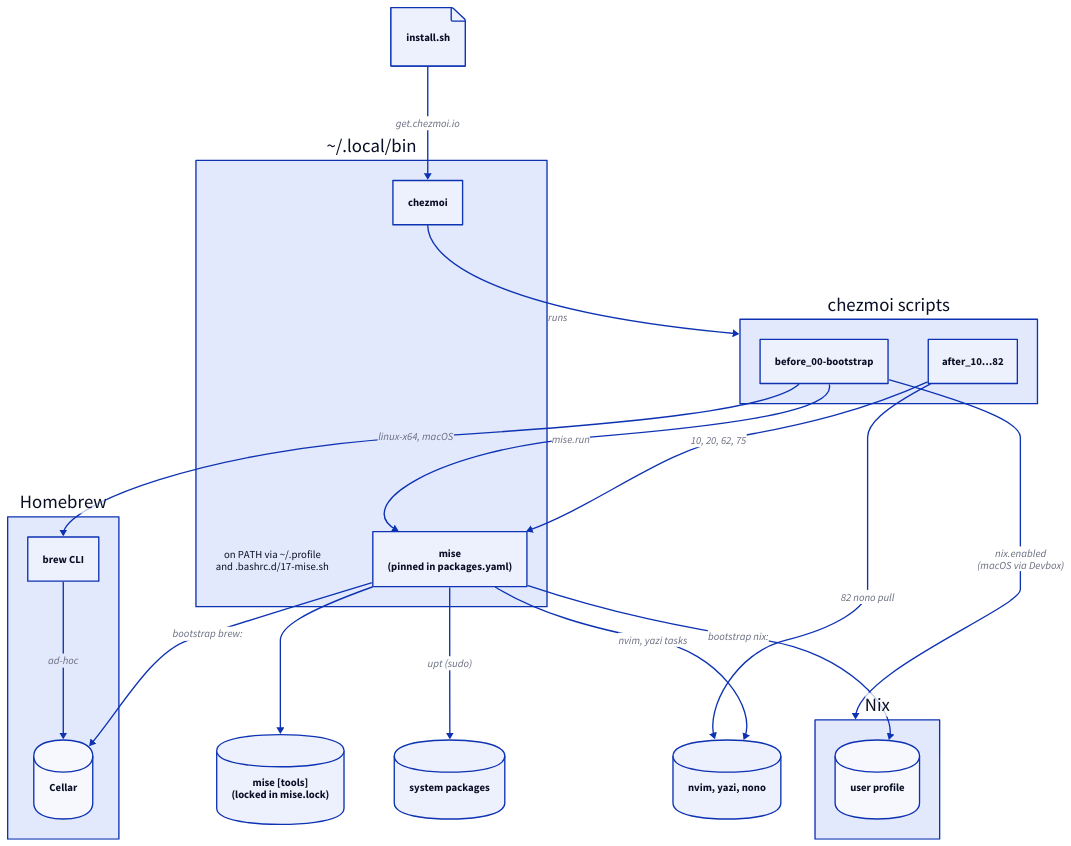
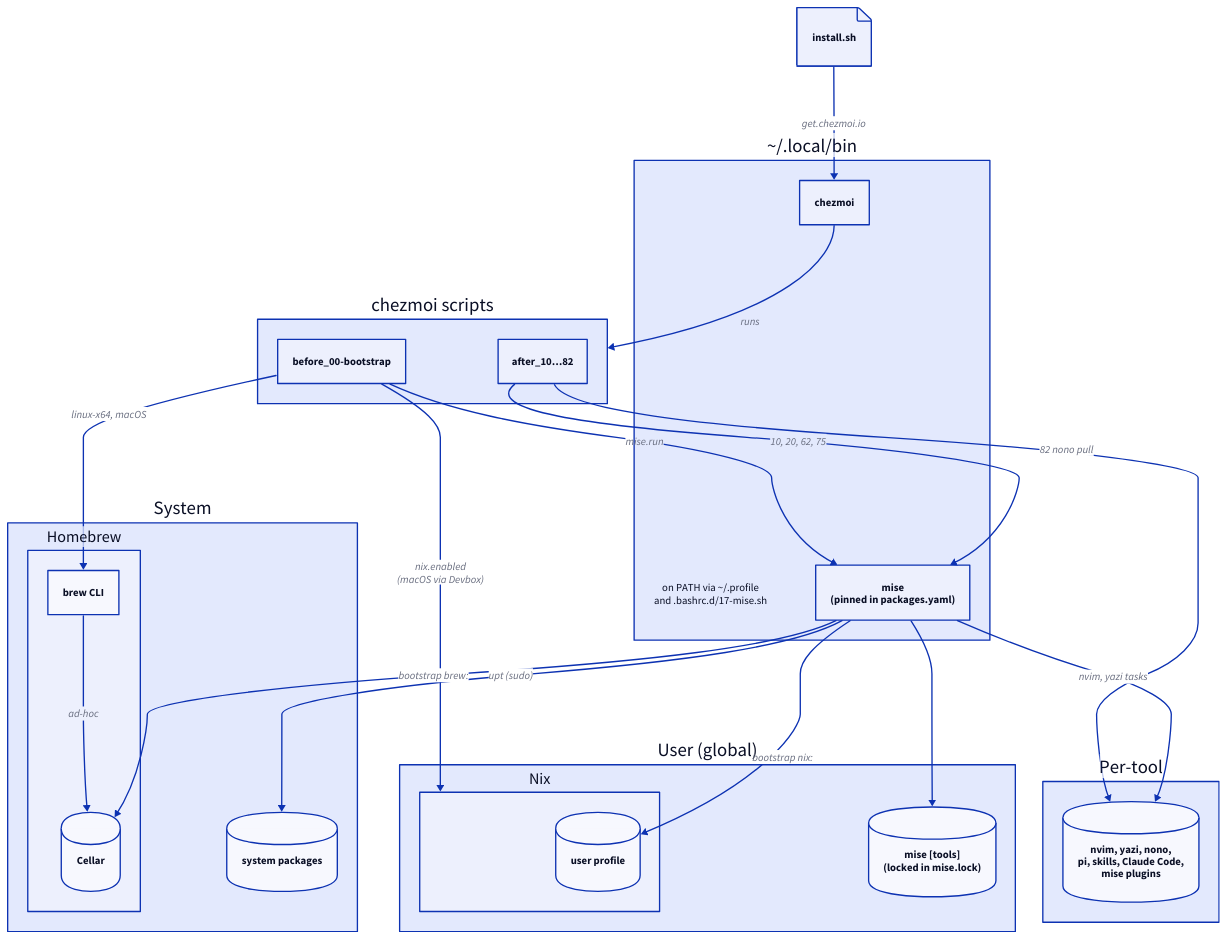
Before and after one commit to german-molins/dotfiles: the first of 2 diagrams in docs/package_managers.md, drawn with D2. The commit also changed other lines of this file, not shown here.

First line of the commit message:
docs(package-managers): classify managers as system, user and per-tool

````diff
--- a/docs/package_managers.md
+++ b/docs/package_managers.md
@@ -9,43 +22,49 @@
 ```d2
 direction: down
 
 install: install.sh {shape: page}
 
 bin: "~/.local/bin" {
   note: "on PATH via ~/.profile\nand .bashrc.d/17-mise.sh" {shape: text}
   chezmoi
   mise: "mise\n(pinned in packages.yaml)"
 }
 
 scripts: chezmoi scripts {
   before: before_00-bootstrap
   after: after_10…82
 }
 
-brew: Homebrew {
-  cli: brew CLI
-  cellar: Cellar {shape: cylinder}
-  cli -> cellar: ad-hoc
+system: System {
+  brew: Homebrew {
+    cli: brew CLI
+    cellar: Cellar {shape: cylinder}
+    cli -> cellar: ad-hoc
+  }
+  apt: system packages {shape: cylinder}
 }
 
-nix: Nix {
-  profile: user profile {shape: cylinder}
+user: User (global) {
+  nix: Nix {
+    profile: user profile {shape: cylinder}
+  }
+  tools: "mise [tools]\n(locked in mise.lock)" {shape: cylinder}
 }
 
-tools: "mise [tools]\n(locked in mise.lock)" {shape: cylinder}
-apt: system packages {shape: cylinder}
-plugins: "nvim, yazi, nono" {shape: cylinder}
+pertool: Per-tool {
+  plugins: "nvim, yazi, nono,\npi, skills, Claude Code,\nmise plugins" {shape: cylinder}
+}
 
 install -> bin.chezmoi: get.chezmoi.io
 bin.chezmoi -> scripts: runs
 scripts.before -> bin.mise: mise.run
-scripts.before -> brew.cli: "linux-x64, macOS"
-scripts.before -> nix: "nix.enabled\n(macOS via Devbox)"
+scripts.before -> system.brew.cli: "linux-x64, macOS"
+scripts.before -> user.nix: "nix.enabled\n(macOS via Devbox)"
 scripts.after -> bin.mise: "10, 20, 62, 75"
-scripts.after -> plugins: "82 nono pull"
-bin.mise -> tools
-bin.mise -> brew.cellar: "bootstrap brew:"
-bin.mise -> nix.profile: "bootstrap nix:"
-bin.mise -> apt: "upt (sudo)"
-bin.mise -> plugins: "nvim, yazi tasks"
+scripts.after -> pertool.plugins: "82 nono pull"
+bin.mise -> user.tools
+bin.mise -> system.brew.cellar: "bootstrap brew:"
+bin.mise -> user.nix.profile: "bootstrap nix:"
+bin.mise -> system.apt: "upt (sudo)"
+bin.mise -> pertool.plugins: "nvim, yazi tasks"
 ```
````
